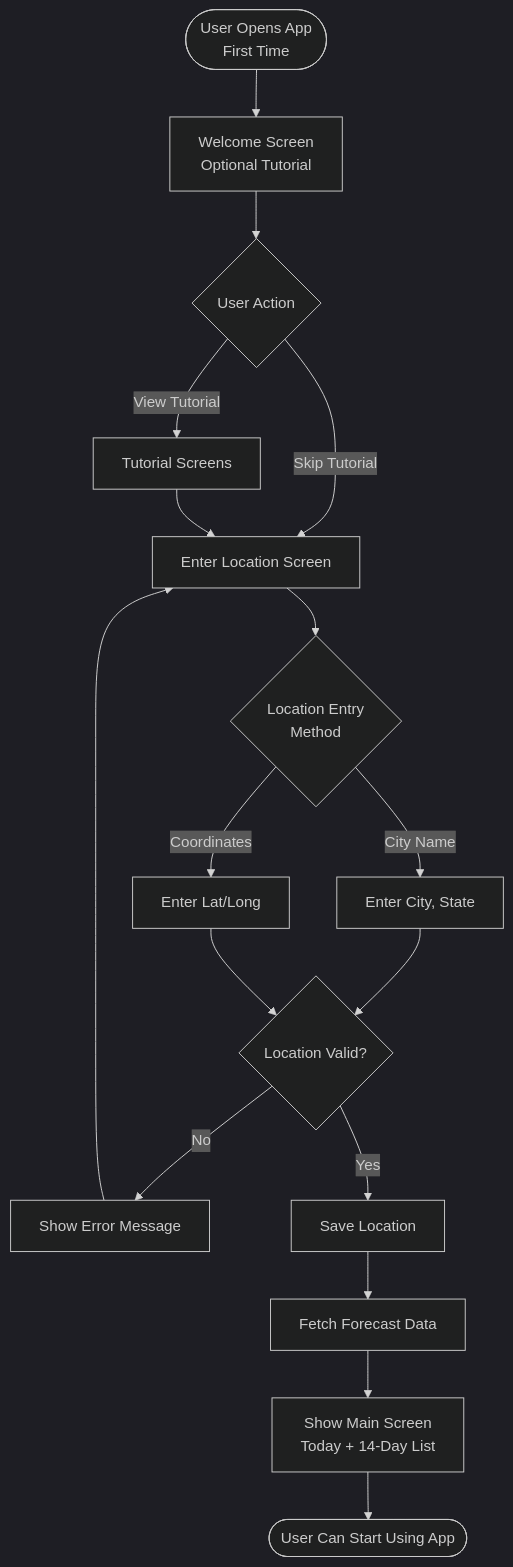
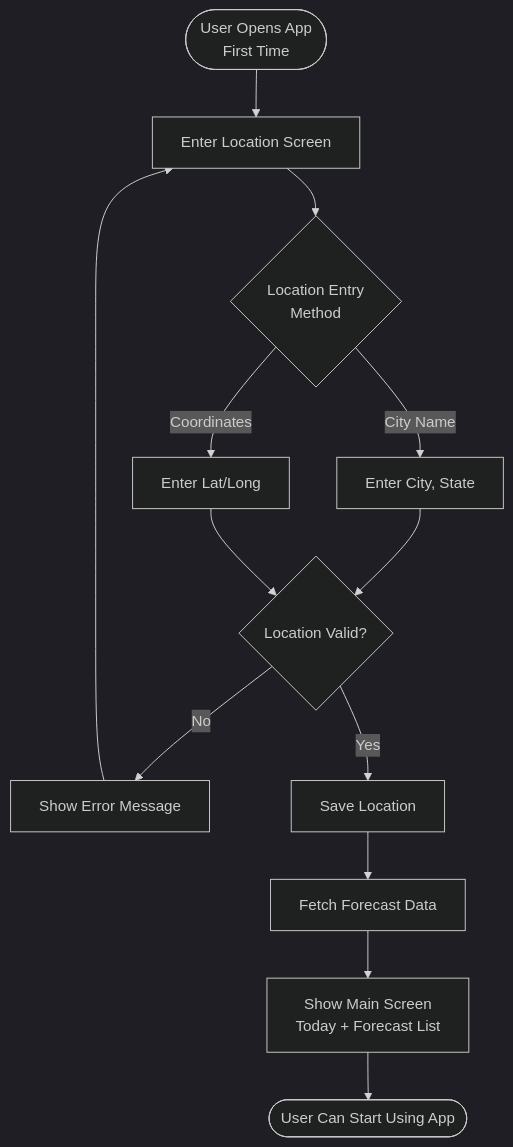
One commit to mkishine/moonrise-watcher-assistant changed the first of 8 diagrams in docs/design/user-flows/User_Flows.md. Above: the diagram before and after it, drawn with Mermaid (dark theme). The commit also changed other lines of this file and 4 other files, not shown here.

First line of the commit message:
Proofread and synchronize PRD, user stories, and user flows (#2)

````diff
--- a/docs/design/user-flows/User_Flows.md
+++ b/docs/design/user-flows/User_Flows.md
@@ -32,23 +31,19 @@
 ```mermaid
 flowchart TD
-    Start(["User Opens App<br>First Time"]) --> Welcome["Welcome Screen<br>Optional Tutorial"]
-    Welcome --> Skip{"User Action"}
-    Skip -->|Skip Tutorial| Location["Enter Location Screen"]
-    Skip -->|View Tutorial| Tutorial["Tutorial Screens"]
-    Tutorial --> Location
+    Start(["User Opens App<br>First Time"]) --> Location["Enter Location Screen"]
 
     Location --> EnterMethod{"Location Entry<br>Method"}
     EnterMethod -->|City Name| EnterCity["Enter City, State"]
     EnterMethod -->|Coordinates| EnterCoords["Enter Lat/Long"]
 
     EnterCity --> Validate{"Location Valid?"}
     EnterCoords --> Validate
 
     Validate -->|No| Error["Show Error Message"]
     Error --> Location
 
     Validate -->|Yes| SaveLocation["Save Location"]
     SaveLocation --> LoadData["Fetch Forecast Data"]
-    LoadData --> MainScreen["Show Main Screen<br>Today + 14-Day List"]
+    LoadData --> MainScreen["Show Main Screen<br>Today + Forecast List"]
     MainScreen --> End(["User Can Start Using App"])
 ```
````
